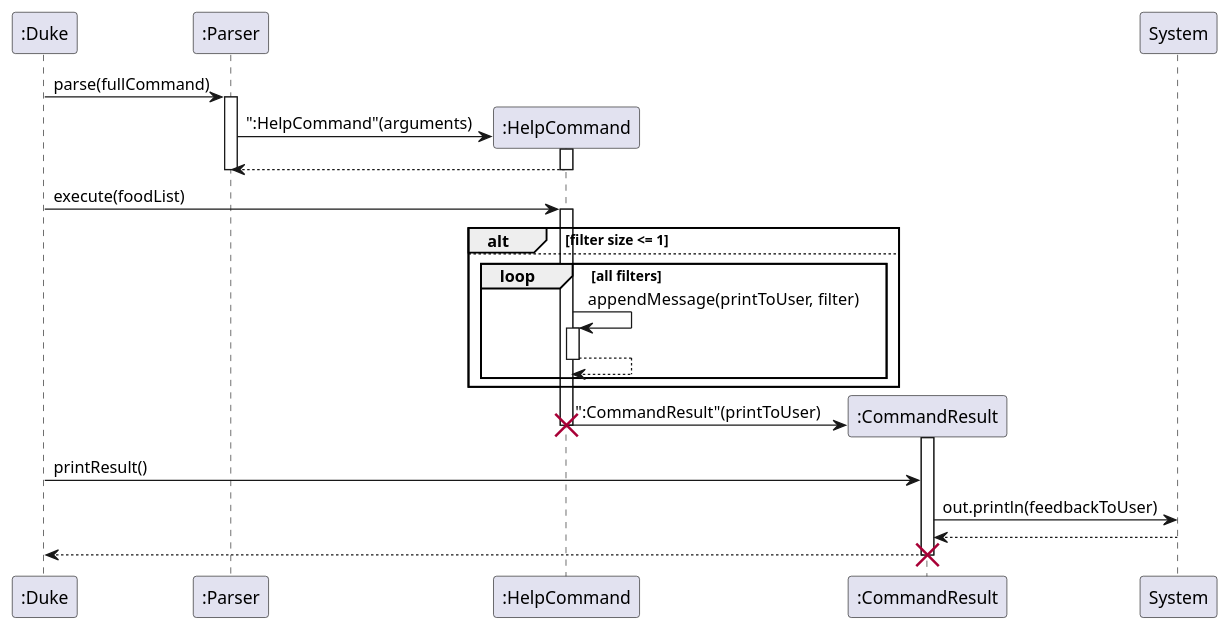
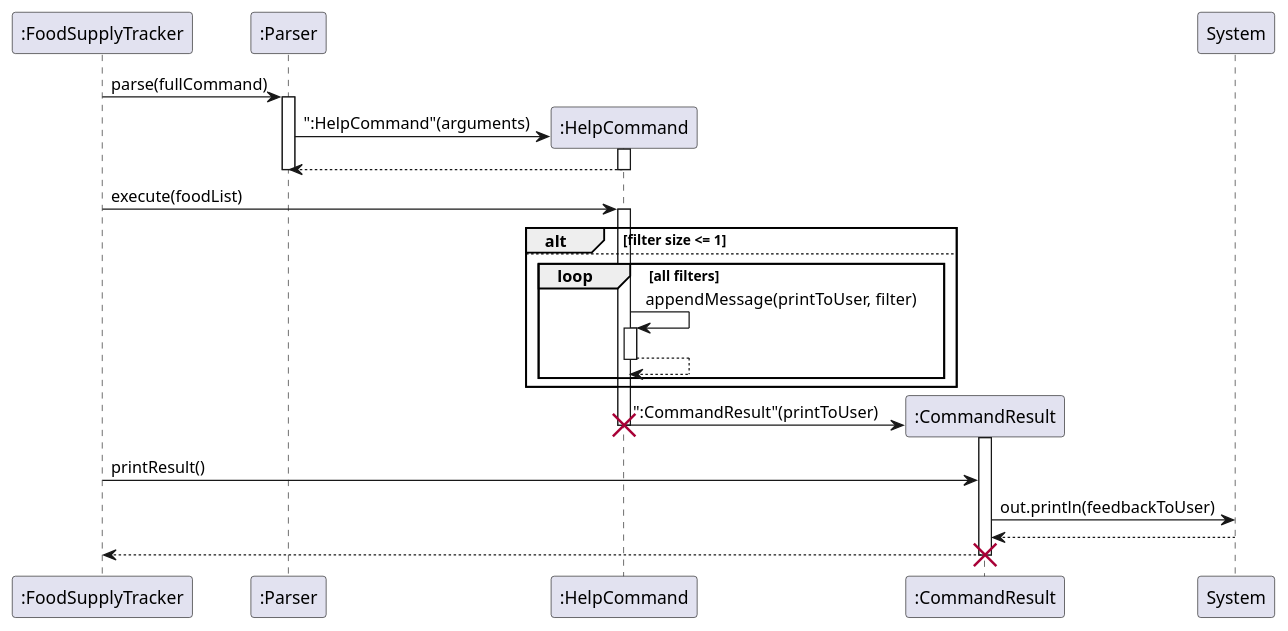
The diagram in docs/puml/HelpCommandSequenceDiagram.puml (tsx0314/tp), drawn with PlantUML before and after one commit. The commit also changed 103 other files, not shown here.

```diff
--- a/docs/puml/HelpCommandSequenceDiagram.puml
+++ b/docs/puml/HelpCommandSequenceDiagram.puml
@@ -1,47 +1,47 @@
 @startuml
 'https://plantuml.com/sequence-diagram
 
 
 
-":Duke" -> ":Parser": parse(fullCommand)
+":FoodSupplyTracker" -> ":Parser": parse(fullCommand)
 activate ":Parser"
 
 create ":HelpCommand" as hc
 hc <- ":Parser" : ":HelpCommand"(arguments)
 activate hc
 hc --> ":Parser"
 deactivate hc
 deactivate ":Parser"
 
 
 
-":Duke" -> hc : execute(foodList)
+":FoodSupplyTracker" -> hc : execute(foodList)
 activate hc
 
 alt filter size <= 1
 
 else
 loop all filters
 hc -> hc : appendMessage(printToUser, filter)
 activate hc
 hc --> hc
 deactivate hc
 end
 end
 
 create ":CommandResult" as cr
 hc -> cr : ":CommandResult"(printToUser)
 activate cr
 deactivate hc
 destroy hc
 
-":Duke" -> cr: printResult()
+":FoodSupplyTracker" -> cr: printResult()
 cr->System: out.println(feedbackToUser)
 
 
 System --> cr
-cr --> ":Duke"
+cr --> ":FoodSupplyTracker"
 deactivate cr
 destroy cr
 
 @enduml
```
